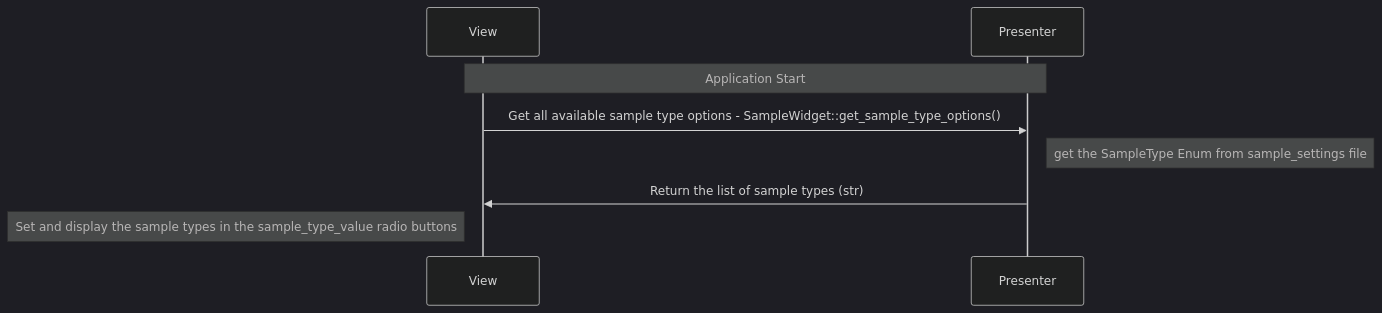
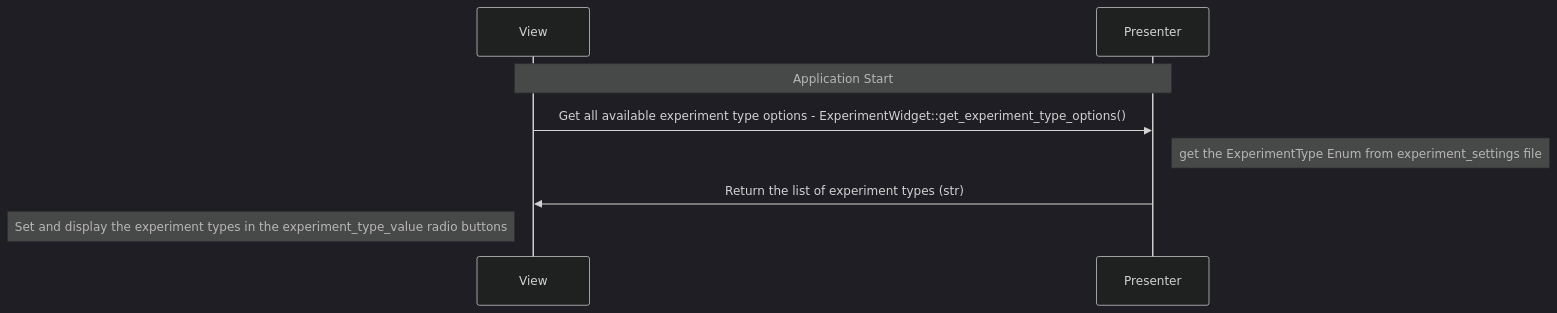
One commit to neutrons/hyspecppt changed the fifth of 13 diagrams in docs/source/design/hyspecpptclasses.rst. Above: the diagram before and after it, drawn with Mermaid (dark theme). The commit also changed other lines of this file and 1 other file, not shown here.

Commit message:
sample renamed to experiment, single crystal type worflow update and other based on discussion

```diff
--- a/docs/source/design/hyspecpptclasses.rst
+++ b/docs/source/design/hyspecpptclasses.rst
@@ -448,11 +466,11 @@
     .. mermaid::
 
         sequenceDiagram
             participant View
             participant Presenter
 
             Note over View,Presenter: Application Start
-            View->>Presenter: Get all available sample type options - SampleWidget::get_sample_type_options()
-            Note right of Presenter: get the SampleType Enum from sample_settings file
-            Presenter->>View: Return the list of sample types (str)
-            Note left of View: Set and display the sample types in the sample_type_value radio buttons
+            View->>Presenter: Get all available experiment type options - ExperimentWidget::get_experiment_type_options()
+            Note right of Presenter: get the ExperimentType Enum from experiment_settings file
+            Presenter->>View: Return the list of experiment types (str)
+            Note left of View: Set and display the experiment types in the experiment_type_value radio buttons
```
